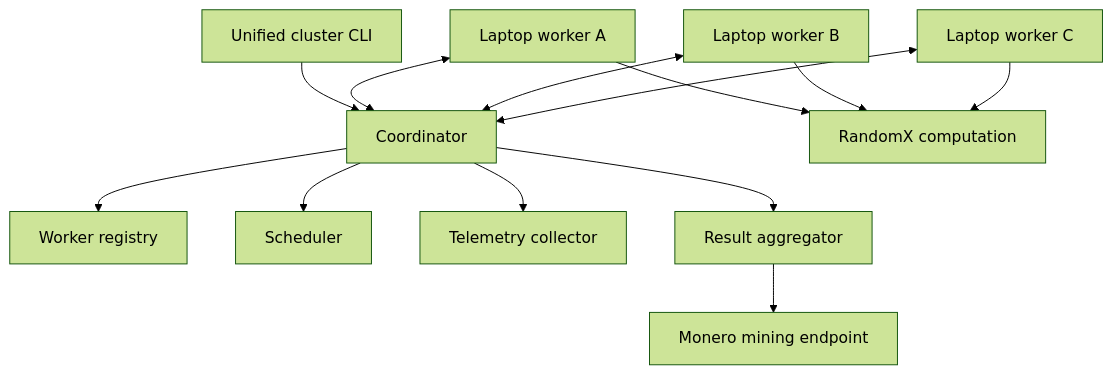
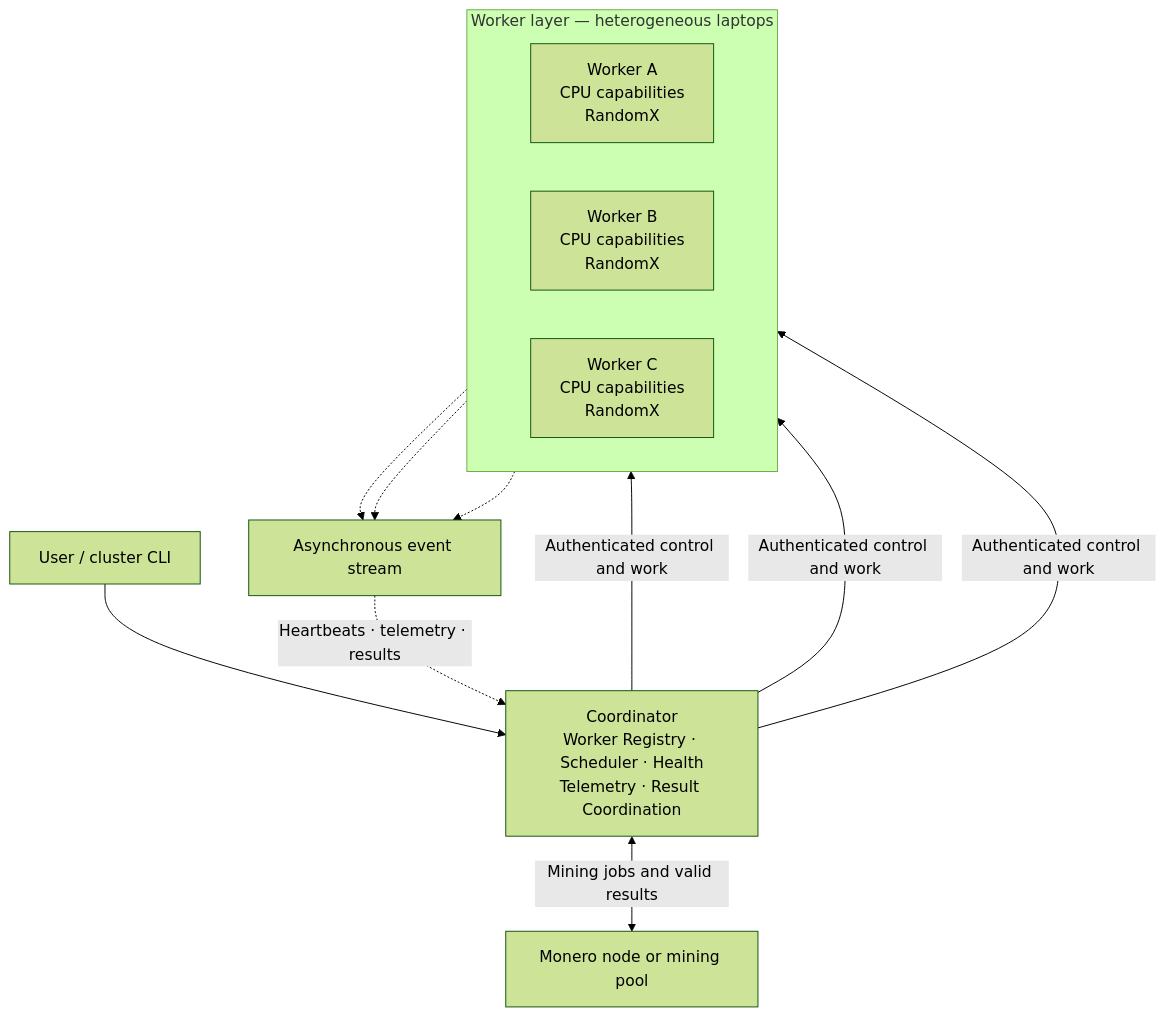
The diagram in README.md (MoustAhmed/distributed-monero), drawn with Mermaid (forest theme) before and after one commit. The commit also changed other lines of this file, not shown here.

Commit message:
README with architecture details and flowchart
Updated architecture section with detailed flowchart and explanation of the coordinator and worker machines.

````diff
--- a/README.md
+++ b/README.md
@@ -28,18 +30,23 @@
 ```mermaid
-flowchart TD
-    U["Unified cluster CLI"] --> C["Coordinator"]
-    C --> R["Worker registry"]
-    C --> S["Scheduler"]
-    C --> T["Telemetry collector"]
-    C --> A["Result aggregator"]
+flowchart TB
+    CLI["User / cluster CLI"] --> C["Coordinator<br/>Worker Registry · Scheduler · Health<br/>Telemetry · Result Coordination"]
 
-    W1["Laptop worker A"] <--> C
-    W2["Laptop worker B"] <--> C
-    W3["Laptop worker C"] <--> C
+    C <-->|"Mining jobs and valid results"| M["Monero node or mining pool"]
 
-    W1 --> X["RandomX computation"]
-    W2 --> X
-    W3 --> X
+    subgraph Workers["Worker layer — heterogeneous laptops"]
+        direction LR
+        W1["Worker A<br/>CPU capabilities<br/>RandomX"]
+        W2["Worker B<br/>CPU capabilities<br/>RandomX"]
+        W3["Worker C<br/>CPU capabilities<br/>RandomX"]
+    end
 
-    A --> M["Monero mining endpoint"]
+    C -->|"Authenticated control and work"| W1
+    C -->|"Authenticated control and work"| W2
+    C -->|"Authenticated control and work"| W3
+
+    W1 -.-> E["Asynchronous event stream"]
+    W2 -.-> E
+    W3 -.-> E
+
+    E -.->|"Heartbeats · telemetry · results"| C
 ```
````
